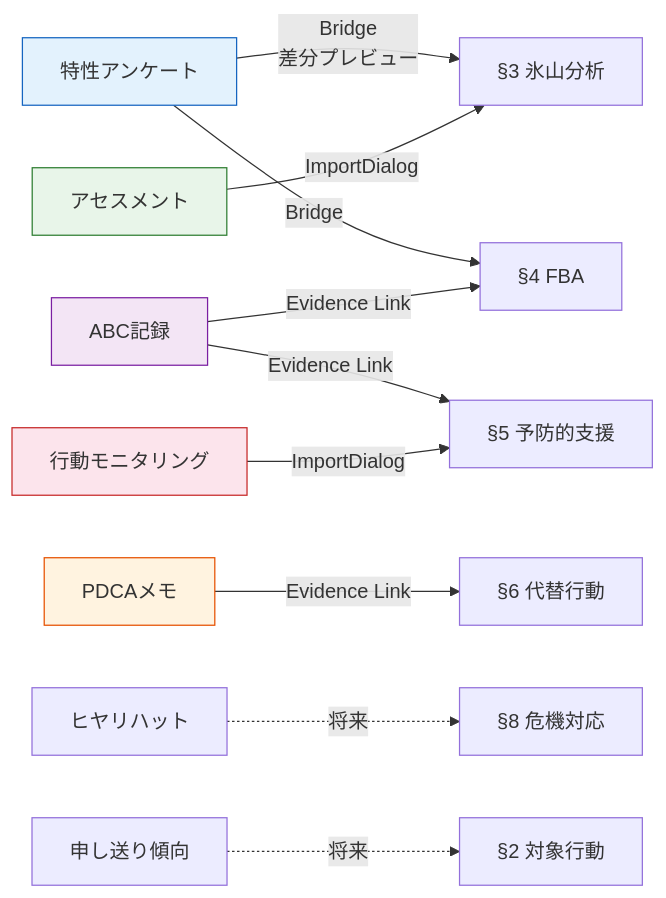
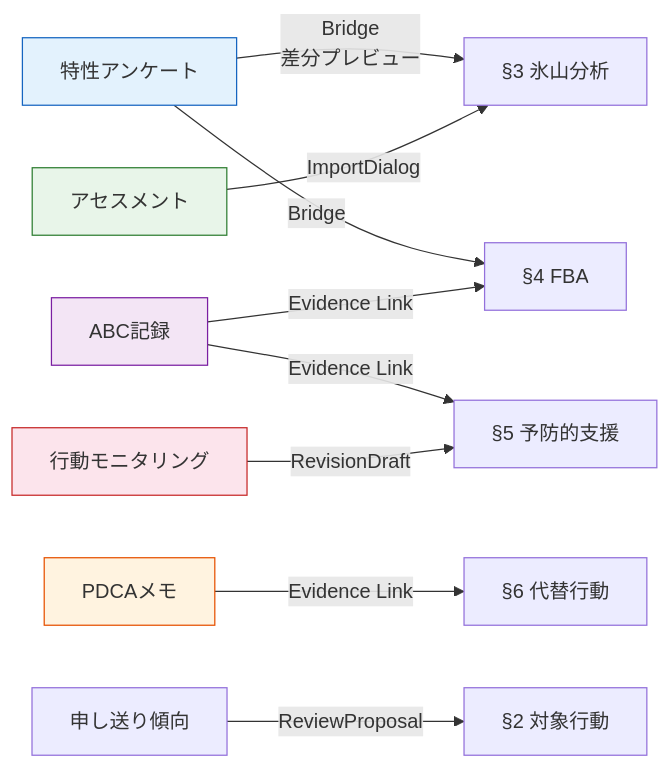
One commit to yasutakesougo/audit-management-system-mvp changed the second of 3 diagrams in docs/architecture/support-operations-os.md. Above: the diagram before and after it, drawn with Mermaid. The commit also changed other lines of this file, not shown here.

First line of the commit message:
docs(architecture): v1.1 — 改善提案パイプライン3本完了を反映

````diff
--- a/docs/architecture/support-operations-os.md
+++ b/docs/architecture/support-operations-os.md
@@ -308,18 +308,17 @@
 ```mermaid
 graph LR
     T["特性アンケート"] -->|"Bridge<br/>差分プレビュー"| S3["§3 氷山分析"]
     T -->|"Bridge"| S4["§4 FBA"]
     ABC["ABC記録"] -->|"Evidence Link"| S4
     ABC -->|"Evidence Link"| S5["§5 予防的支援"]
     PDCA["PDCAメモ"] -->|"Evidence Link"| S6["§6 代替行動"]
     ASS["アセスメント"] -->|"ImportDialog"| S3
-    MON["行動モニタリング"] -->|"ImportDialog"| S5
-    HH["ヒヤリハット"] -.->|"将来"| S8["§8 危機対応"]
-    HO["申し送り傾向"] -.->|"将来"| S2["§2 対象行動"]
+    MON["行動モニタリング"] -->|"RevisionDraft"| S5
+    HO["申し送り傾向"] -->|"ReviewProposal"| S2["§2 対象行動"]
 
     style T fill:#e3f2fd,stroke:#1565c0
     style ABC fill:#f3e5f5,stroke:#7b1fa2
     style PDCA fill:#fff3e0,stroke:#e65100
     style ASS fill:#e8f5e9,stroke:#2e7d32
     style MON fill:#fce4ec,stroke:#c62828
 ```
````
